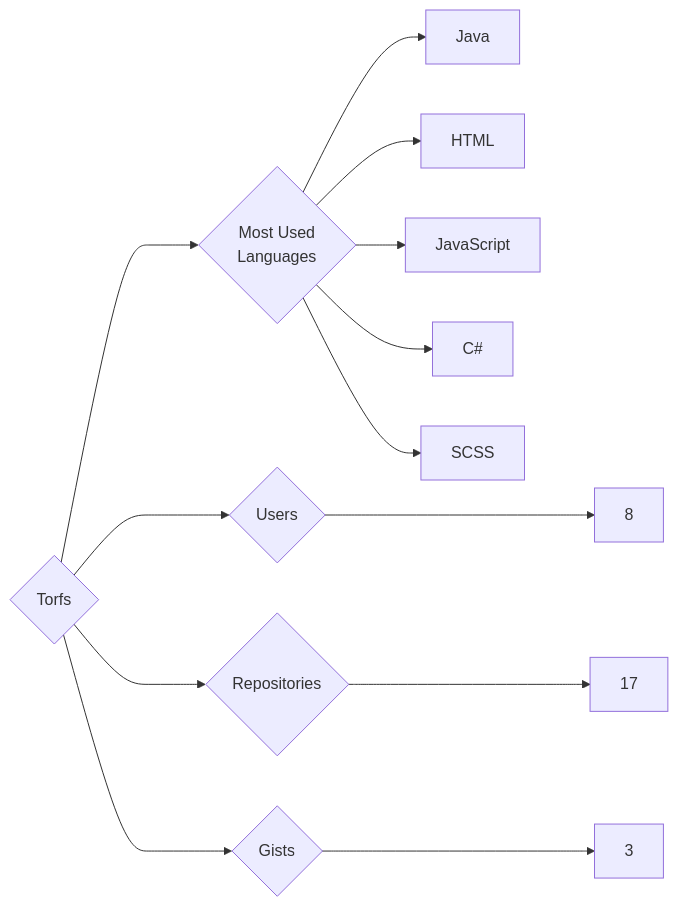
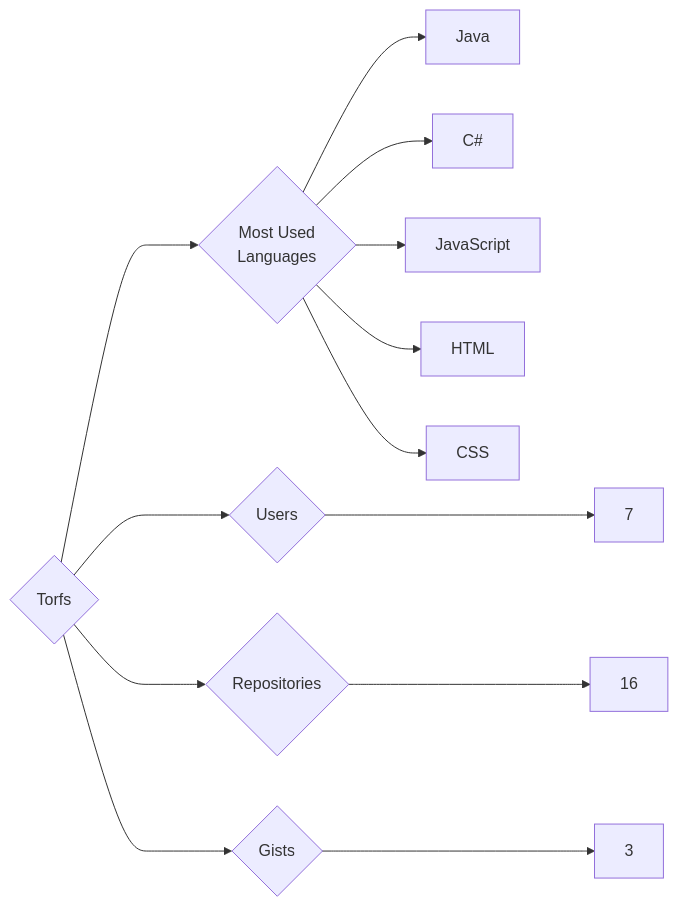
The diagram in targets/Torfs/README.md (trickest/insiders), drawn with Mermaid before and after one commit. The commit also changed 748 other files, not shown here.

````diff
--- a/targets/Torfs/README.md
+++ b/targets/Torfs/README.md
@@ -3,13 +3,13 @@
 ```mermaid
 graph LR
 COMPANY_NAME{Torfs}
-COMPANY_NAME ---> U{Users} ---> UN[8]
-COMPANY_NAME ---> R{Repositories} ---> RN[17]
+COMPANY_NAME ---> U{Users} ---> UN[7]
+COMPANY_NAME ---> R{Repositories} ---> RN[16]
 COMPANY_NAME ---> G{Gists} ---> GN[3]
 COMPANY_NAME ---> ML{Most Used<br>Languages}
 ML --> Java[Java]
+ML --> C#[C#]
+ML --> JavaScript[JavaScript]
 ML --> HTML[HTML]
-ML --> JavaScript[JavaScript]
-ML --> C#[C#]
-ML --> SCSS[SCSS]
+ML --> CSS[CSS]
 ```
````
